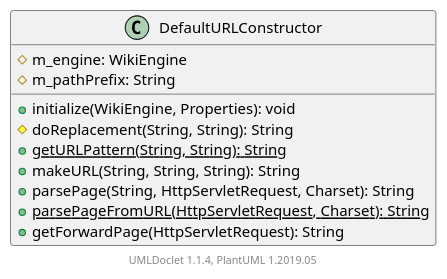
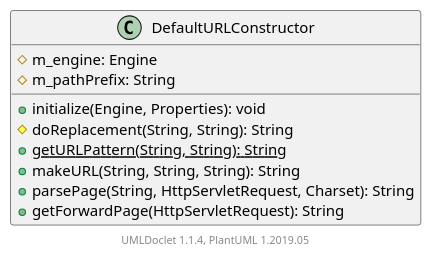
One commit to apache/jspwiki-site changed the diagram in apidocs/2.11.0.M7-SNAPSHOT/org/apache/wiki/url/DefaultURLConstructor.puml. Above: the diagram before and after it, drawn with PlantUML. The commit also changed 1798 other files, not shown here.

```diff
--- a/apidocs/2.11.0.M7-SNAPSHOT/org/apache/wiki/url/DefaultURLConstructor.puml
+++ b/apidocs/2.11.0.M7-SNAPSHOT/org/apache/wiki/url/DefaultURLConstructor.puml
@@ -1,17 +1,16 @@
 @startuml
 
     class DefaultURLConstructor [[DefaultURLConstructor.html]] {
-        #m_engine: WikiEngine
+        #m_engine: Engine
         #m_pathPrefix: String
-        +initialize(WikiEngine, Properties): void
+        +initialize(Engine, Properties): void
         #doReplacement(String, String): String
         {static} +getURLPattern(String, String): String
         +makeURL(String, String, String): String
         +parsePage(String, HttpServletRequest, Charset): String
-        {static} +parsePageFromURL(HttpServletRequest, Charset): String
         +getForwardPage(HttpServletRequest): String
     }
 
 
     center footer UMLDoclet 1.1.4, PlantUML 1.2019.05
 @enduml
```
